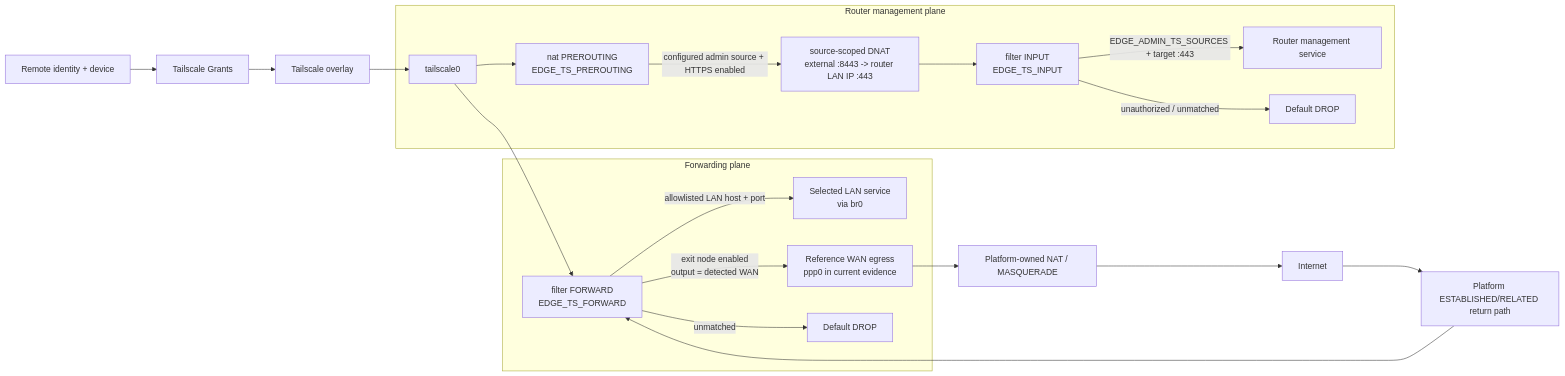
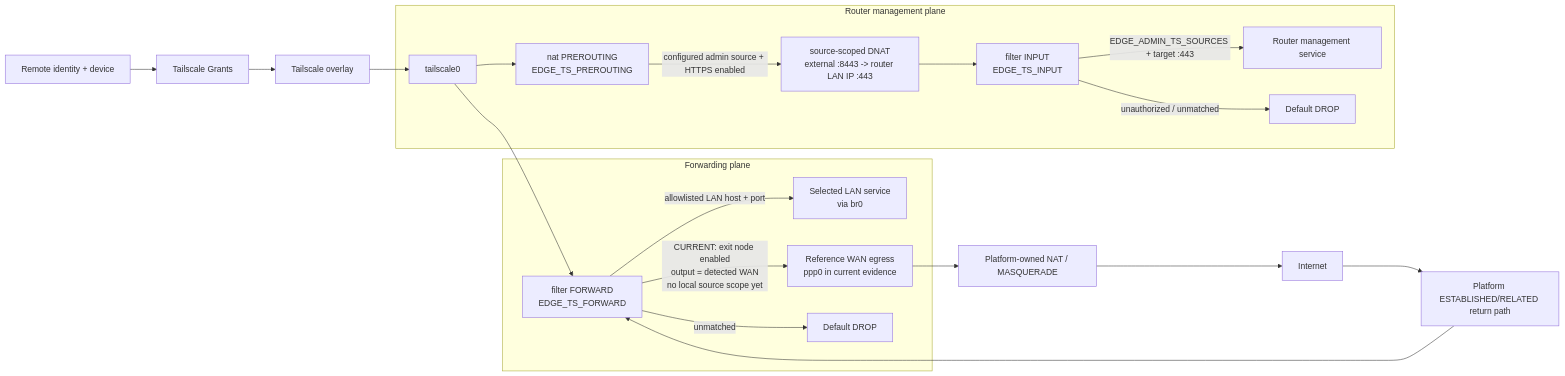
One commit to wojko6/Advanced-ASUS-Edge-Gateway-ZTNA-Infrastructure changed the diagram in docs/architecture/tailscale-management-exit-node-flow.md. Above: the diagram before and after it, drawn with Mermaid. The commit also changed other lines of this file, not shown here.

Commit message:
docs: expose current exit-node source-scope gap

````diff
--- a/docs/architecture/tailscale-management-exit-node-flow.md
+++ b/docs/architecture/tailscale-management-exit-node-flow.md
@@ -7,26 +7,26 @@
 ```mermaid
 flowchart LR
     U["Remote identity + device"] --> G["Tailscale Grants"]
     G --> O["Tailscale overlay"]
     O --> T["tailscale0"]
 
     subgraph MGMT["Router management plane"]
         T --> NP["nat PREROUTING<br/>EDGE_TS_PREROUTING"]
         NP -->|"configured admin source + HTTPS enabled"| DN["source-scoped DNAT<br/>external :8443 -> router LAN IP :443"]
         DN --> IN["filter INPUT<br/>EDGE_TS_INPUT"]
         IN -->|"EDGE_ADMIN_TS_SOURCES + target :443"| MS["Router management service"]
         IN -->|"unauthorized / unmatched"| MD["Default DROP"]
     end
 
     subgraph FWD["Forwarding plane"]
         T --> FF["filter FORWARD<br/>EDGE_TS_FORWARD"]
         FF -->|"allowlisted LAN host + port"| LAN["Selected LAN service<br/>via br0"]
-        FF -->|"exit node enabled<br/>output = detected WAN"| WAN["Reference WAN egress<br/>ppp0 in current evidence"]
+        FF -->|"CURRENT: exit node enabled<br/>output = detected WAN<br/>no local source scope yet"| WAN["Reference WAN egress<br/>ppp0 in current evidence"]
         FF -->|"unmatched"| FD["Default DROP"]
     end
 
     WAN --> PN["Platform-owned NAT / MASQUERADE"]
     PN --> NET["Internet"]
     NET --> RET["Platform ESTABLISHED/RELATED return path"]
     RET --> FF
 ```
````
